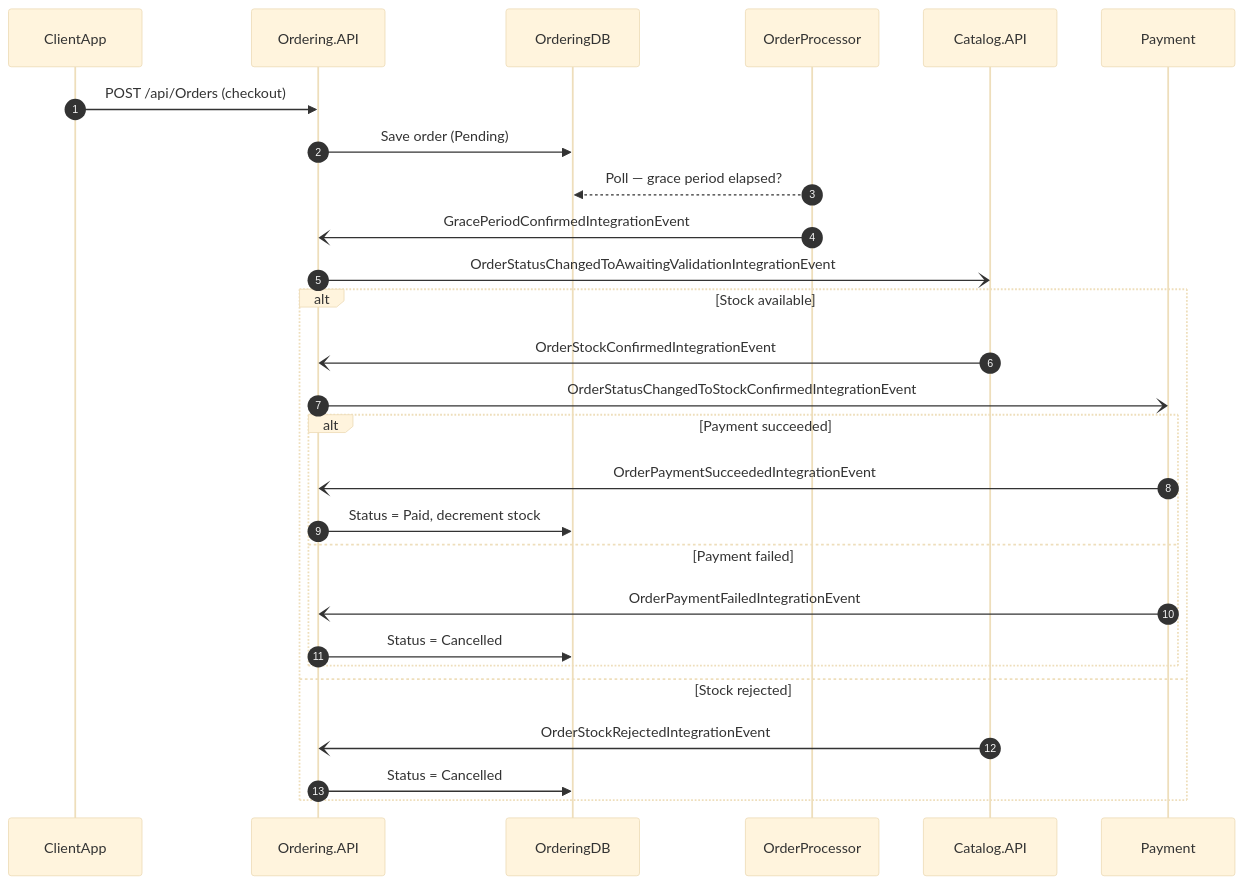
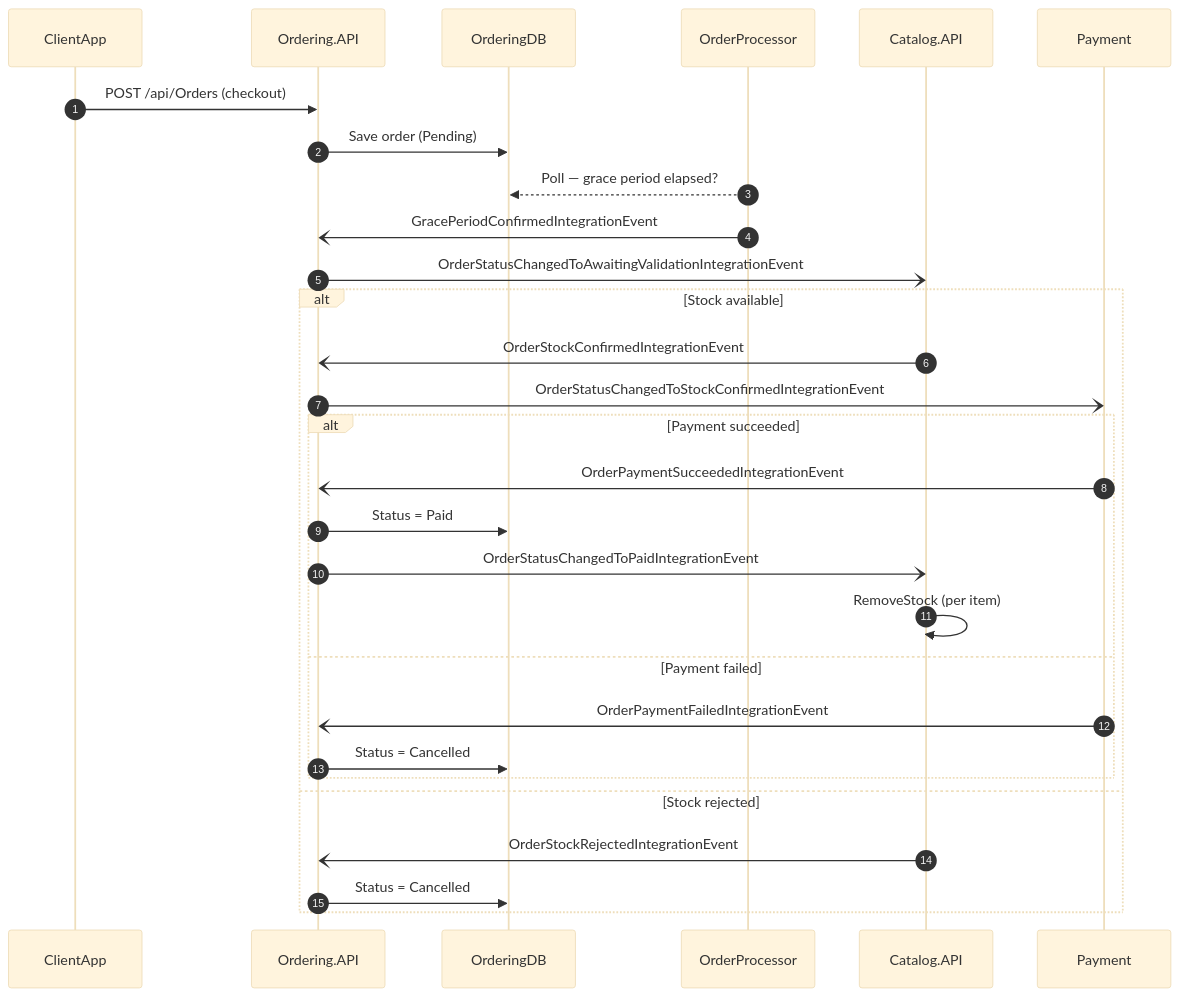
Before and after one commit to fnandop/eShop: the first of 4 diagrams in README.md, drawn with Mermaid (base theme). The commit also changed other lines of this file and 20 other files, not shown here.

````diff
--- a/README.md
+++ b/README.md
@@ -62,31 +95,33 @@
 ```mermaid
 sequenceDiagram
     autonumber
     participant C as ClientApp
     participant O as Ordering.API
     participant DB as OrderingDB
     participant OP as OrderProcessor
     participant CAT as Catalog.API
     participant PAY as Payment
 
     C->>O: POST /api/Orders (checkout)
     O->>DB: Save order (Pending)
     OP-->>DB: Poll — grace period elapsed?
     OP-)O: GracePeriodConfirmedIntegrationEvent
     O-)CAT: OrderStatusChangedToAwaitingValidationIntegrationEvent
 
     alt Stock available
         CAT-)O: OrderStockConfirmedIntegrationEvent
         O-)PAY: OrderStatusChangedToStockConfirmedIntegrationEvent
         alt Payment succeeded
             PAY-)O: OrderPaymentSucceededIntegrationEvent
-            O->>DB: Status = Paid, decrement stock
+            O->>DB: Status = Paid
+            O-)CAT: OrderStatusChangedToPaidIntegrationEvent
+            CAT->>CAT: RemoveStock (per item)
         else Payment failed
             PAY-)O: OrderPaymentFailedIntegrationEvent
             O->>DB: Status = Cancelled
         end
     else Stock rejected
         CAT-)O: OrderStockRejectedIntegrationEvent
         O->>DB: Status = Cancelled
     end
 ```
````
